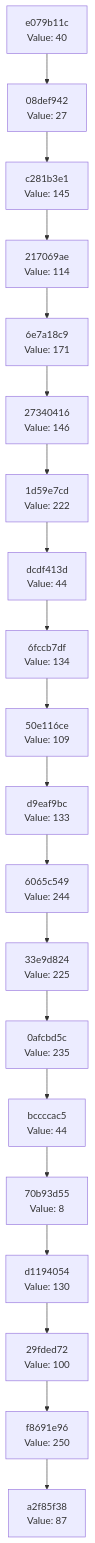
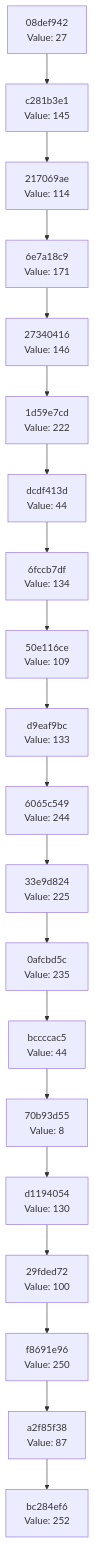
Before and after one commit to Abhisheksinha1506/hash-chain-evolver: the diagram in docs/CHAIN_VISUALIZATION.md, drawn with Mermaid. The commit also changed 3 other files, not shown here.

````diff
--- a/docs/CHAIN_VISUALIZATION.md
+++ b/docs/CHAIN_VISUALIZATION.md
@@ -3,42 +3,42 @@
 ```mermaid
 graph TD
-    C0["a2f85f38<br/>Value: 87"]
-    C1["f8691e96<br/>Value: 250"]
+    C0["bc284ef6<br/>Value: 252"]
+    C1["a2f85f38<br/>Value: 87"]
     C1 --> C0
-    C2["29fded72<br/>Value: 100"]
+    C2["f8691e96<br/>Value: 250"]
     C2 --> C1
-    C3["d1194054<br/>Value: 130"]
+    C3["29fded72<br/>Value: 100"]
     C3 --> C2
-    C4["70b93d55<br/>Value: 8"]
+    C4["d1194054<br/>Value: 130"]
     C4 --> C3
-    C5["bccccac5<br/>Value: 44"]
+    C5["70b93d55<br/>Value: 8"]
     C5 --> C4
-    C6["0afcbd5c<br/>Value: 235"]
+    C6["bccccac5<br/>Value: 44"]
     C6 --> C5
-    C7["33e9d824<br/>Value: 225"]
+    C7["0afcbd5c<br/>Value: 235"]
     C7 --> C6
-    C8["6065c549<br/>Value: 244"]
+    C8["33e9d824<br/>Value: 225"]
     C8 --> C7
-    C9["d9eaf9bc<br/>Value: 133"]
+    C9["6065c549<br/>Value: 244"]
     C9 --> C8
-    C10["50e116ce<br/>Value: 109"]
+    C10["d9eaf9bc<br/>Value: 133"]
     C10 --> C9
-    C11["6fccb7df<br/>Value: 134"]
+    C11["50e116ce<br/>Value: 109"]
     C11 --> C10
-    C12["dcdf413d<br/>Value: 44"]
+    C12["6fccb7df<br/>Value: 134"]
     C12 --> C11
-    C13["1d59e7cd<br/>Value: 222"]
+    C13["dcdf413d<br/>Value: 44"]
     C13 --> C12
-    C14["27340416<br/>Value: 146"]
+    C14["1d59e7cd<br/>Value: 222"]
     C14 --> C13
-    C15["6e7a18c9<br/>Value: 171"]
+    C15["27340416<br/>Value: 146"]
     C15 --> C14
-    C16["217069ae<br/>Value: 114"]
+    C16["6e7a18c9<br/>Value: 171"]
     C16 --> C15
-    C17["c281b3e1<br/>Value: 145"]
+    C17["217069ae<br/>Value: 114"]
     C17 --> C16
-    C18["08def942<br/>Value: 27"]
+    C18["c281b3e1<br/>Value: 145"]
     C18 --> C17
-    C19["e079b11c<br/>Value: 40"]
+    C19["08def942<br/>Value: 27"]
     C19 --> C18
 ```
````
